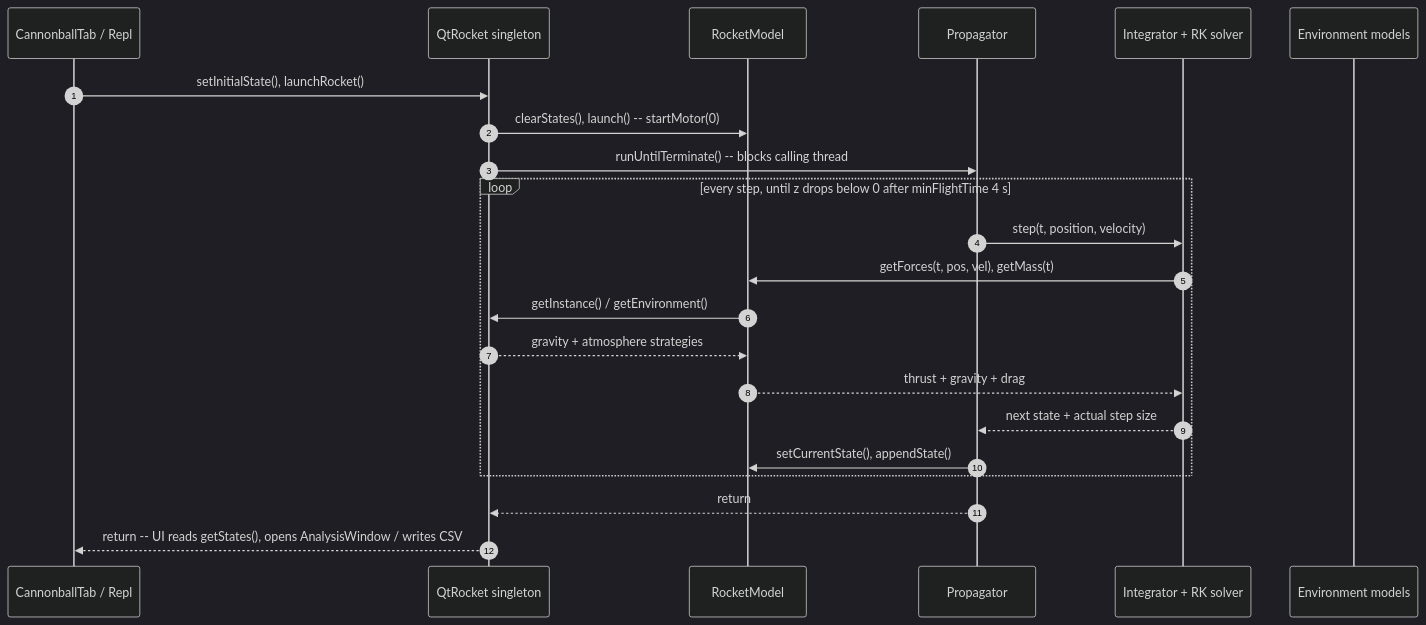
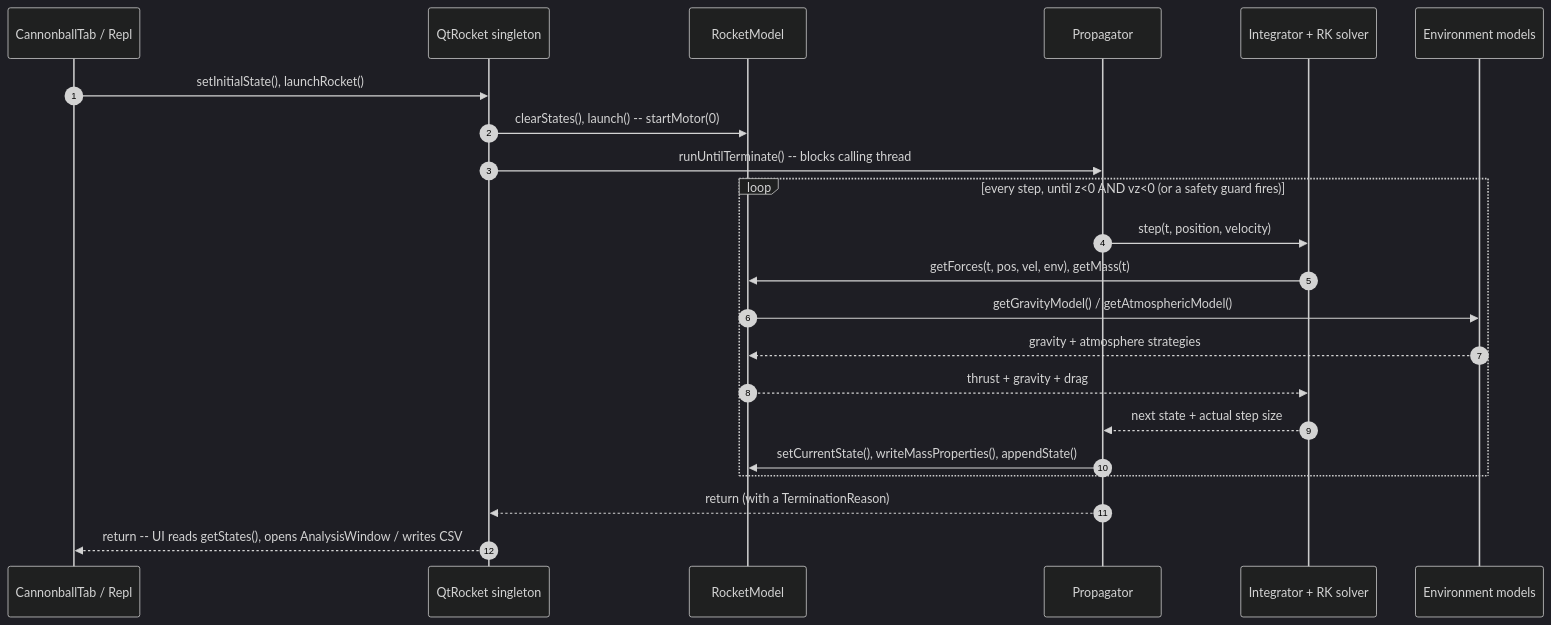
The second of 2 diagrams in docs/ARCHITECTURE_AUDIT.md (qtrocket/qtrocket), drawn with Mermaid (dark theme) before and after one commit. The commit also changed other lines of this file and 1 other file, not shown here.

Commit message:
Update TODO and ARCHITECTURE_AUDIT with recent work accomplished

````diff
--- a/docs/ARCHITECTURE_AUDIT.md
+++ b/docs/ARCHITECTURE_AUDIT.md
@@ -295,25 +303,25 @@
 ```mermaid
 sequenceDiagram
     autonumber
     participant UI as CannonballTab / Repl
     participant QR as QtRocket singleton
     participant RM as RocketModel
     participant P as Propagator
     participant I as Integrator + RK solver
     participant ENV as Environment models
 
     UI->>QR: setInitialState(), launchRocket()
     QR->>RM: clearStates(), launch() -- startMotor(0)
     QR->>P: runUntilTerminate() -- blocks calling thread
-    loop every step, until z drops below 0 after minFlightTime 4 s
+    loop every step, until z<0 AND vz<0 (or a safety guard fires)
         P->>I: step(t, position, velocity)
-        I->>RM: getForces(t, pos, vel), getMass(t)
-        RM->>QR: getInstance() / getEnvironment()
-        QR-->>RM: gravity + atmosphere strategies
+        I->>RM: getForces(t, pos, vel, env), getMass(t)
+        RM->>ENV: getGravityModel() / getAtmosphericModel()
+        ENV-->>RM: gravity + atmosphere strategies
         RM-->>I: thrust + gravity + drag
         I-->>P: next state + actual step size
-        P->>RM: setCurrentState(), appendState()
+        P->>RM: setCurrentState(), writeMassProperties(), appendState()
     end
-    P-->>QR: return
+    P-->>QR: return (with a TerminationReason)
     QR-->>UI: return -- UI reads getStates(), opens AnalysisWindow / writes CSV
 ```
````
